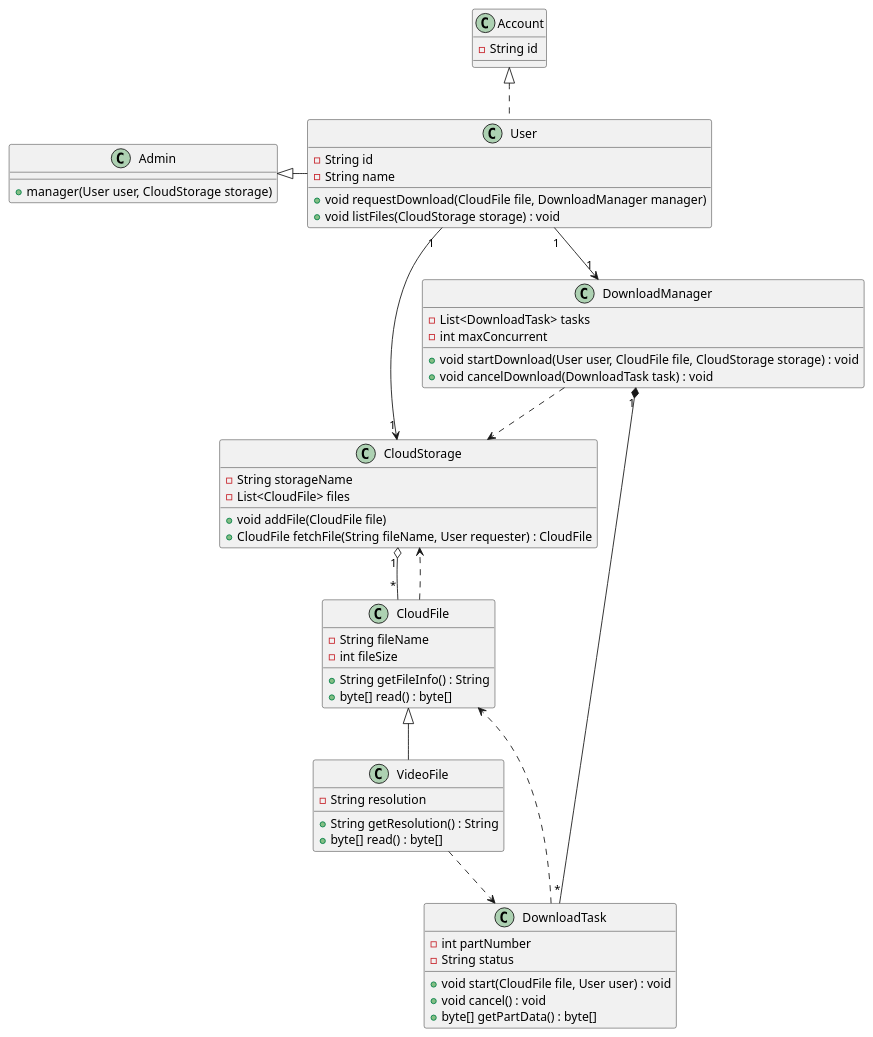
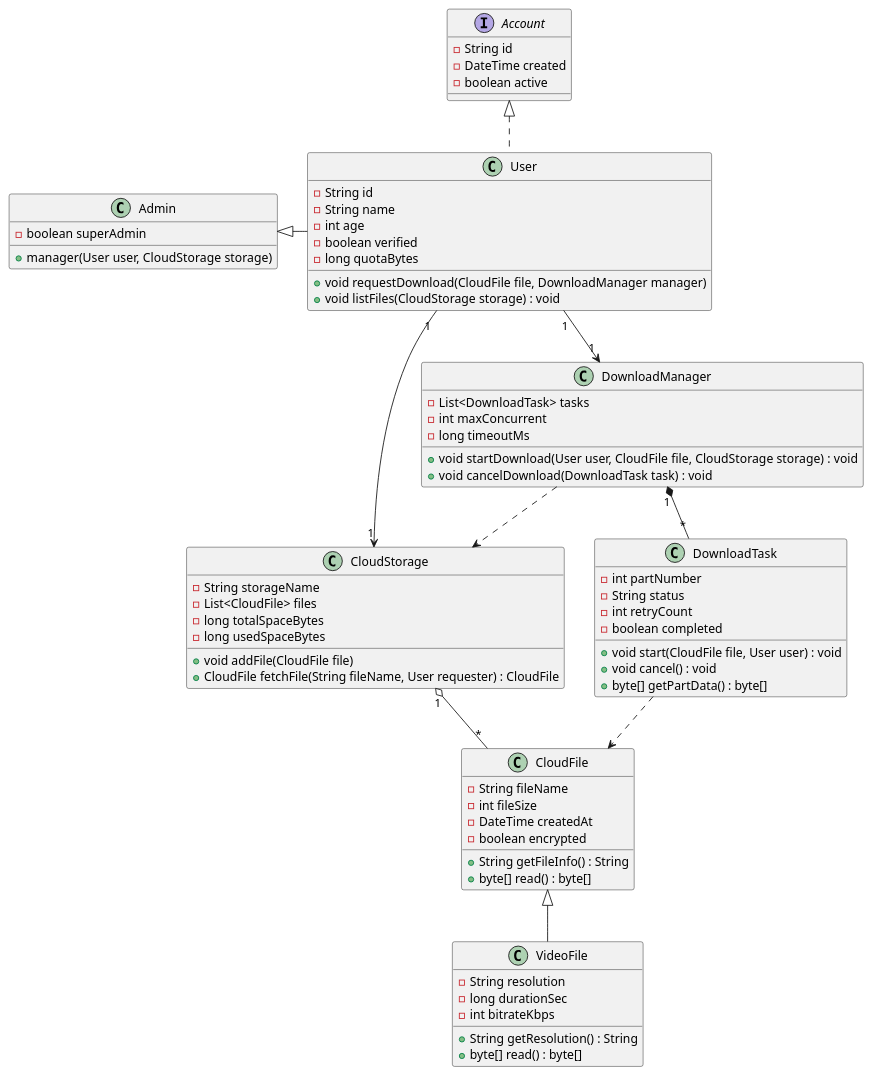
Before and after one commit to qwonix/guap: the diagram in 4/tp/lab3/lab.puml, drawn with PlantUML. The commit also changed 3 other files, not shown here.

```diff
--- a/4/tp/lab3/lab.puml
+++ b/4/tp/lab3/lab.puml
@@ -1,81 +1,92 @@
 @startuml
 ' Диаграмма классов — процесс скачивания файла из облачного хранилища
 
 ' --- Классы и интерфейс ---
-class Account {
+interface Account {
   - String id
+  - DateTime created
+  - boolean active
 }
 
 class Admin {
   + manager(User user, CloudStorage storage)
+  - boolean superAdmin
 }
 
 class User {
   - String id
   - String name
+  - int age
+  - boolean verified
+  - long quotaBytes
   + void requestDownload(CloudFile file, DownloadManager manager)
   + void listFiles(CloudStorage storage) : void
 }
 
 class CloudFile {
   - String fileName
   - int fileSize
+  - DateTime createdAt
+  - boolean encrypted
   + String getFileInfo() : String
   + byte[] read() : byte[]
 }
 
 class VideoFile {
   - String resolution
+  - long durationSec
+  - int bitrateKbps
   + String getResolution() : String
   + byte[] read() : byte[]
 }
 
 class CloudStorage {
   - String storageName
   - List<CloudFile> files
+  - long totalSpaceBytes
+  - long usedSpaceBytes
   + void addFile(CloudFile file)
   + CloudFile fetchFile(String fileName, User requester) : CloudFile
 }
 
 class DownloadManager {
   - List<DownloadTask> tasks
   - int maxConcurrent
+  - long timeoutMs
   + void startDownload(User user, CloudFile file, CloudStorage storage) : void
   + void cancelDownload(DownloadTask task) : void
 }
 
 class DownloadTask {
   - int partNumber
   - String status
   + void start(CloudFile file, User user) : void
   + void cancel() : void
   + byte[] getPartData() : byte[]
+  - int retryCount
+  - boolean completed
 }
 
 ' --- Отношения ---
 ' Обобщение (наследование)
 Admin <|- User
 CloudFile <|-- VideoFile
 
 ' Ассоциация: User использует DownloadManager (метод requestDownload)
 User "1" --> "1" DownloadManager
 User "1" --> "1" CloudStorage
 
 ' Агрегация: CloudStorage агрегирует CloudFile (файлы существуют независимо)
 CloudStorage "1" o-- "*" CloudFile
 
 ' Композиция: DownloadManager композитно содержит DownloadTask (жизненный цикл задач внутри менеджера)
 DownloadManager "1" *-- "*" DownloadTask
 
 ' Зависимости (пунктирные): методы используют другие классы в параметрах
 DownloadManager ..> CloudStorage
 DownloadTask ..> CloudFile
 
 ' Реализация
 Account <|.. User
 
-' Дополнительные для наглядности связей (все классы связаны стрелками)
-CloudFile ..> CloudStorage
-VideoFile ..> DownloadTask
-
 @enduml
```
